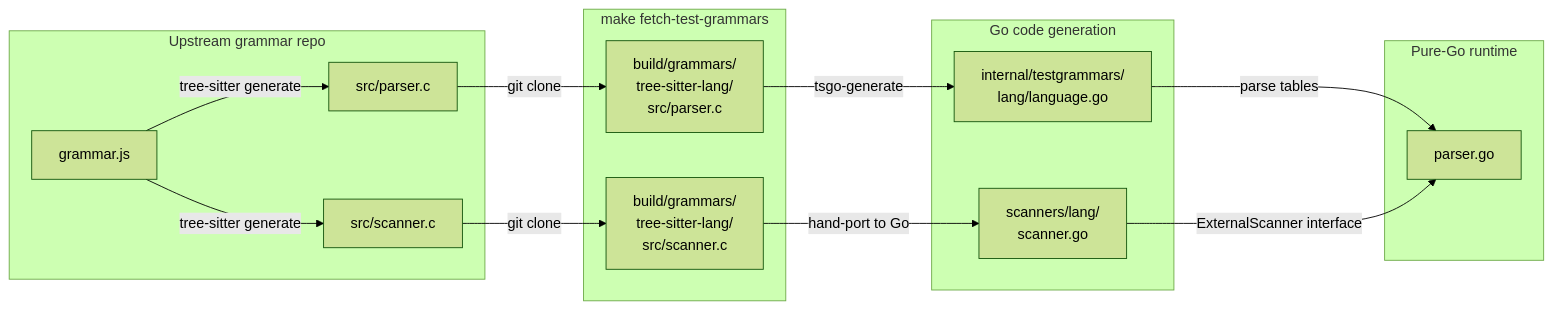
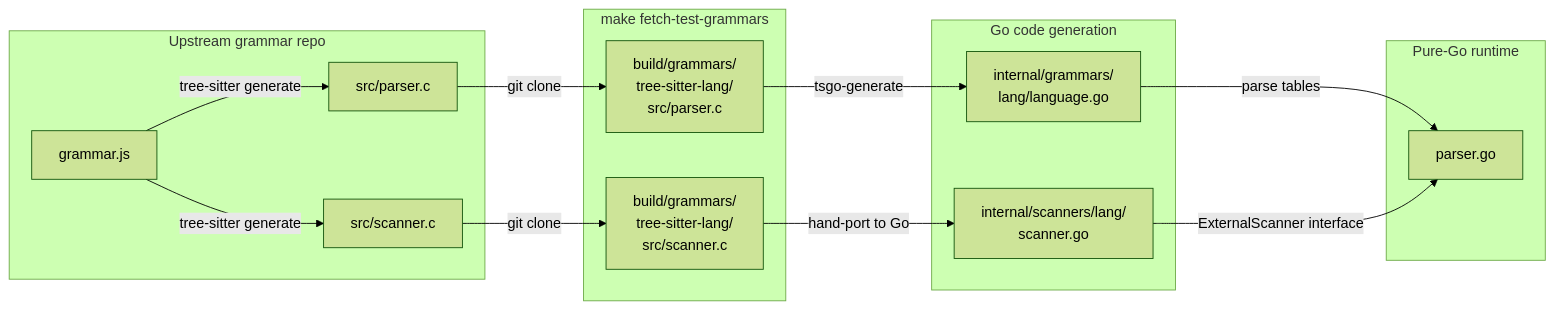
One commit to dcosson/treesitter-go changed the diagram in README.md. Above: the diagram before and after it, drawn with Mermaid (forest theme). The commit also changed other lines of this file, not shown here.

First line of the commit message:
docs: update README with current package paths and public language API

````diff
--- a/README.md
+++ b/README.md
@@ -100,22 +100,22 @@
 ```mermaid
 flowchart LR
     subgraph Upstream ["Upstream grammar repo"]
         GJS[grammar.js] -->|tree-sitter generate| PC[src/parser.c]
         GJS -->|tree-sitter generate| SC[src/scanner.c]
     end
 
     subgraph Fetch ["make fetch-test-grammars"]
         PC -->|git clone| LOCAL_PC[build/grammars/\ntree-sitter-lang/\nsrc/parser.c]
         SC -->|git clone| LOCAL_SC[build/grammars/\ntree-sitter-lang/\nsrc/scanner.c]
     end
 
     subgraph Generate ["Go code generation"]
-        LOCAL_PC -->|tsgo-generate| LGO[internal/testgrammars/\nlang/language.go]
-        LOCAL_SC -->|hand-port to Go| SGO[scanners/lang/\nscanner.go]
+        LOCAL_PC -->|tsgo-generate| LGO[internal/grammars/\nlang/language.go]
+        LOCAL_SC -->|hand-port to Go| SGO[internal/scanners/lang/\nscanner.go]
     end
 
     subgraph Runtime ["Pure-Go runtime"]
         LGO -->|parse tables| PARSER[parser.go]
         SGO -->|ExternalScanner interface| PARSER
     end
 ```
````
